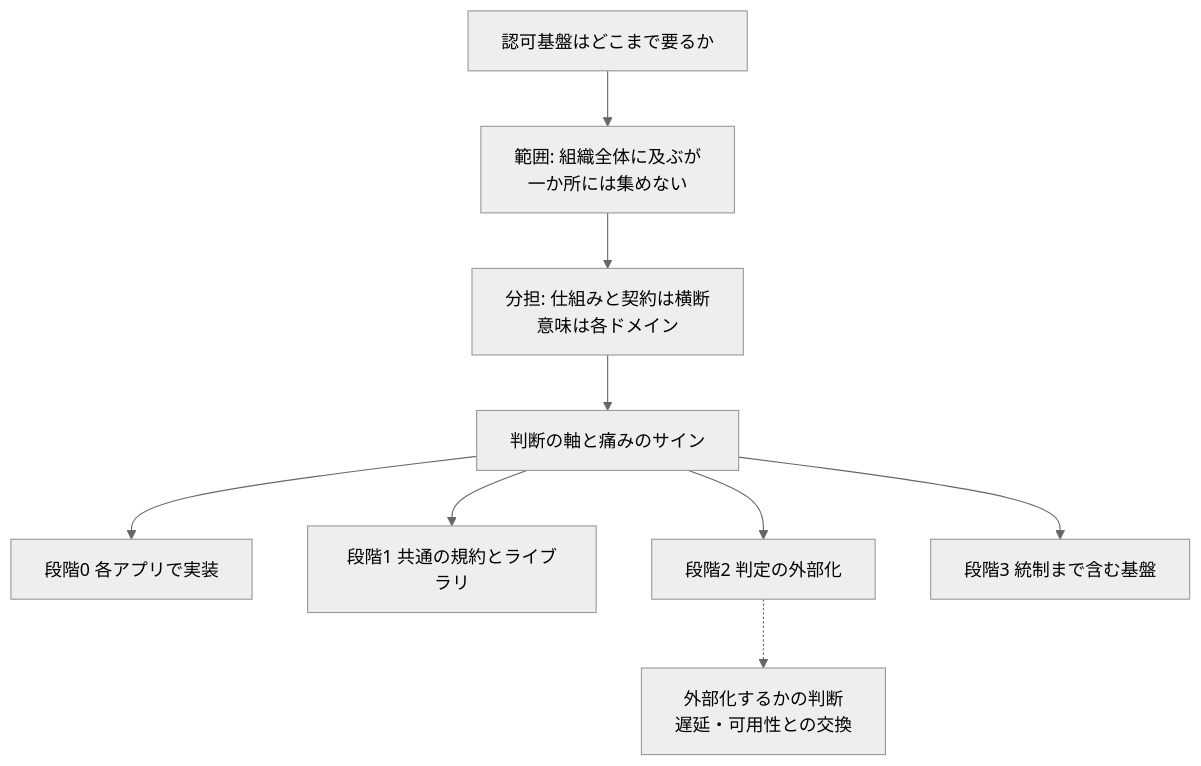
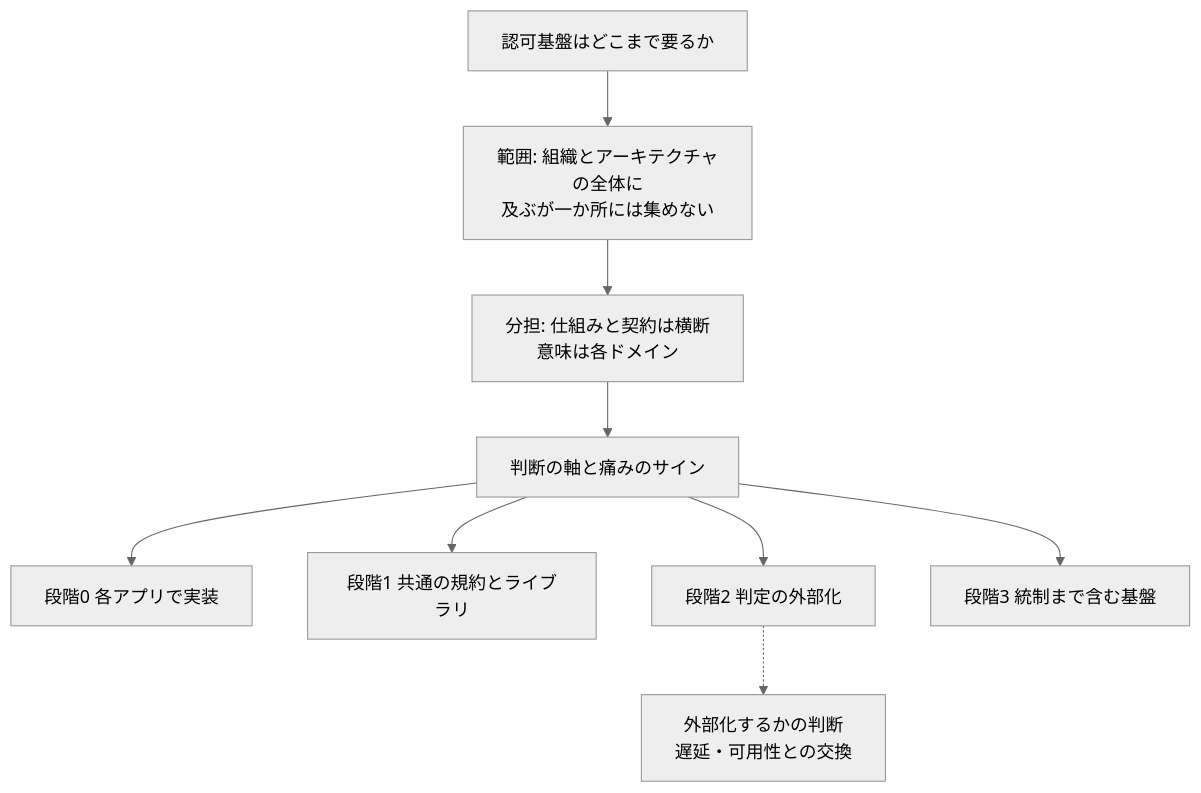
One commit to bmf-san/bmf-tech changed the first of 4 diagrams in content/ja/posts/authorization-platform-scope-stages.md. Above: the diagram before and after it, drawn with Mermaid (neutral theme). The commit also changed other lines of this file and 1 other file, not shown here.

````diff
--- a/content/ja/posts/authorization-platform-scope-stages.md
+++ b/content/ja/posts/authorization-platform-scope-stages.md
@@ -36,11 +36,11 @@
 ```mermaid
 flowchart TB
-  Q["認可基盤はどこまで要るか"] --> S["範囲: 組織全体に及ぶが<br/>一か所には集めない"]
+  Q["認可基盤はどこまで要るか"] --> S["範囲: 組織とアーキテクチャの全体に<br/>及ぶが一か所には集めない"]
   S --> D["分担: 仕組みと契約は横断<br/>意味は各ドメイン"]
   D --> A["判断の軸と痛みのサイン"]
   A --> L0["段階0 各アプリで実装"]
   A --> L1["段階1 共通の規約とライブラリ"]
   A --> L2["段階2 判定の外部化"]
   A --> L3["段階3 統制まで含む基盤"]
   L2 -.-> X["外部化するかの判断<br/>遅延・可用性との交換"]
 ```
````
